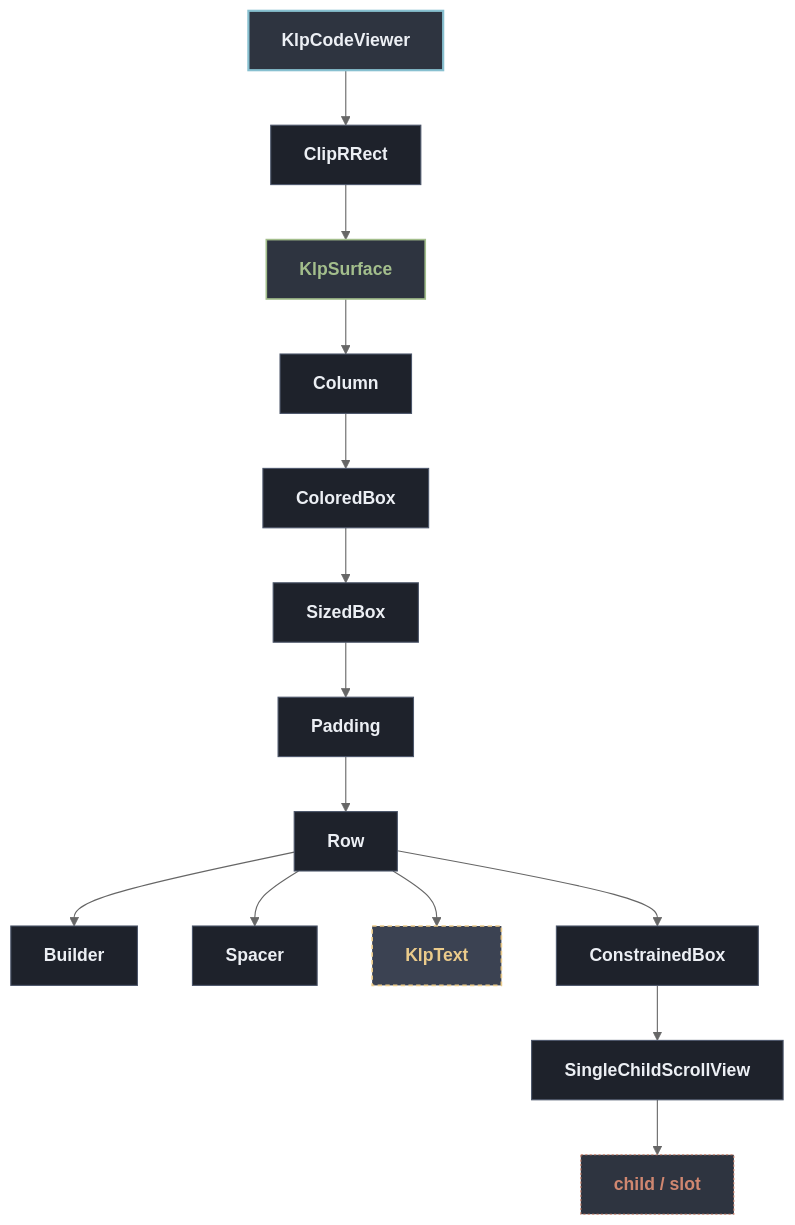
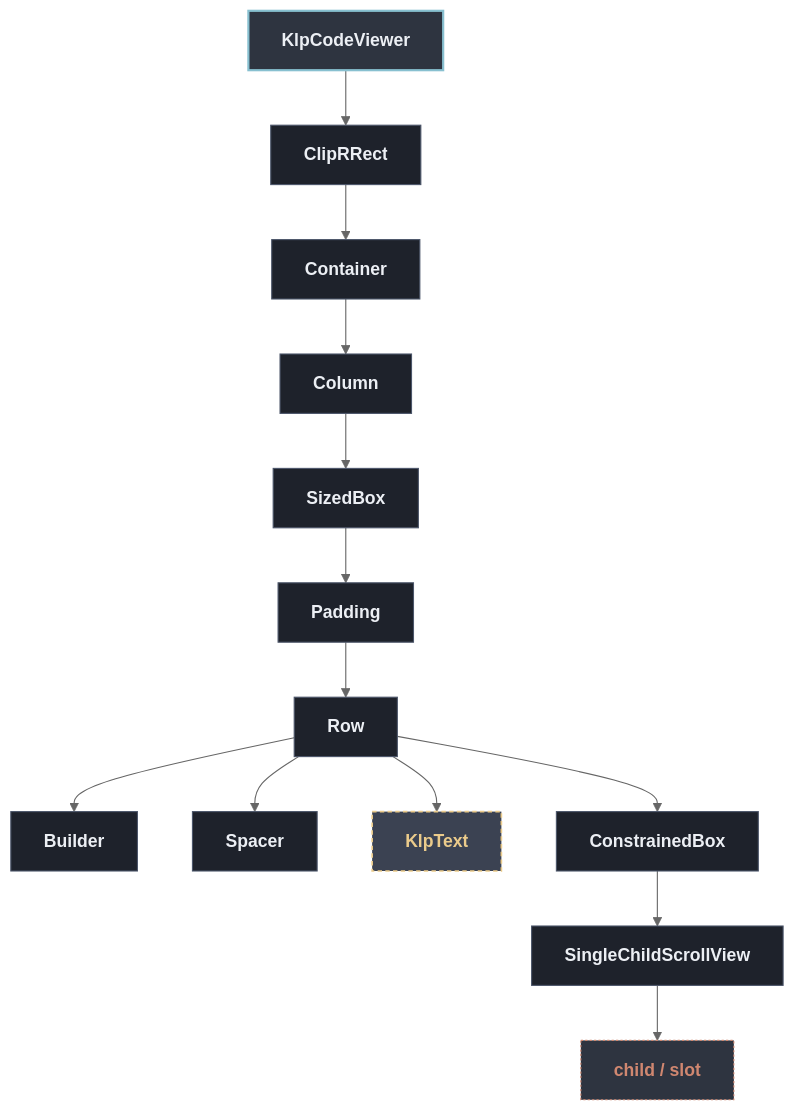
One commit to MiuDog/Kallopis changed the diagram in docs/architecture/components/data/klp_code_viewer.md. Above: the diagram before and after it, drawn with Mermaid (neutral theme). The commit also changed other lines of this file and 123 other files, not shown here.

First line of the commit message:
docs(architecture): regenerate per-component trees, unbreak the generator

````diff
--- a/docs/architecture/components/data/klp_code_viewer.md
+++ b/docs/architecture/components/data/klp_code_viewer.md
@@ -13,36 +13,34 @@
 ```mermaid
 flowchart TD
   classDef default fill:#1E222B,stroke:#4C566A,stroke-width:1px,color:#ECEFF4;
   classDef root fill:#2E3440,stroke:#88C0D0,stroke-width:2px,color:#ECEFF4,font-weight:bold;
   classDef reference fill:#3B4252,stroke:#EBCB8B,stroke-width:1.5px,stroke-dasharray: 4 3,color:#EBCB8B;
   classDef container fill:#2E3440,stroke:#A3BE8C,stroke-width:1.5px,color:#A3BE8C;
   classDef slot fill:#2E3440,stroke:#D08770,stroke-width:1px,stroke-dasharray: 2 2,color:#D08770;
 
   root["KlpCodeViewer"]:::root
   n1["ClipRRect"]
   root --> n1
-  n2["KlpSurface"]:::container
+  n2["Container"]
   n1 --> n2
   n3["Column"]
   n2 --> n3
-  n4["ColoredBox"]
+  n4["SizedBox"]
   n3 --> n4
-  n5["SizedBox"]
+  n5["Padding"]
   n4 --> n5
-  n6["Padding"]
+  n6["Row"]
   n5 --> n6
-  n7["Row"]
+  n7["Builder"]
   n6 --> n7
-  n8["Builder"]
-  n7 --> n8
-  n9["Spacer"]
-  n7 --> n9
-  n10["KlpText"]:::reference
-  n7 --> n10
-  n11["ConstrainedBox"]
-  n7 --> n11
-  n12["SingleChildScrollView"]
+  n8["Spacer"]
+  n6 --> n8
+  n9["KlpText"]:::reference
+  n6 --> n9
+  n10["ConstrainedBox"]
+  n6 --> n10
+  n11["SingleChildScrollView"]
+  n10 --> n11
+  n12["child / slot"]:::slot
   n11 --> n12
-  n13["child / slot"]:::slot
-  n12 --> n13
 ```
````
